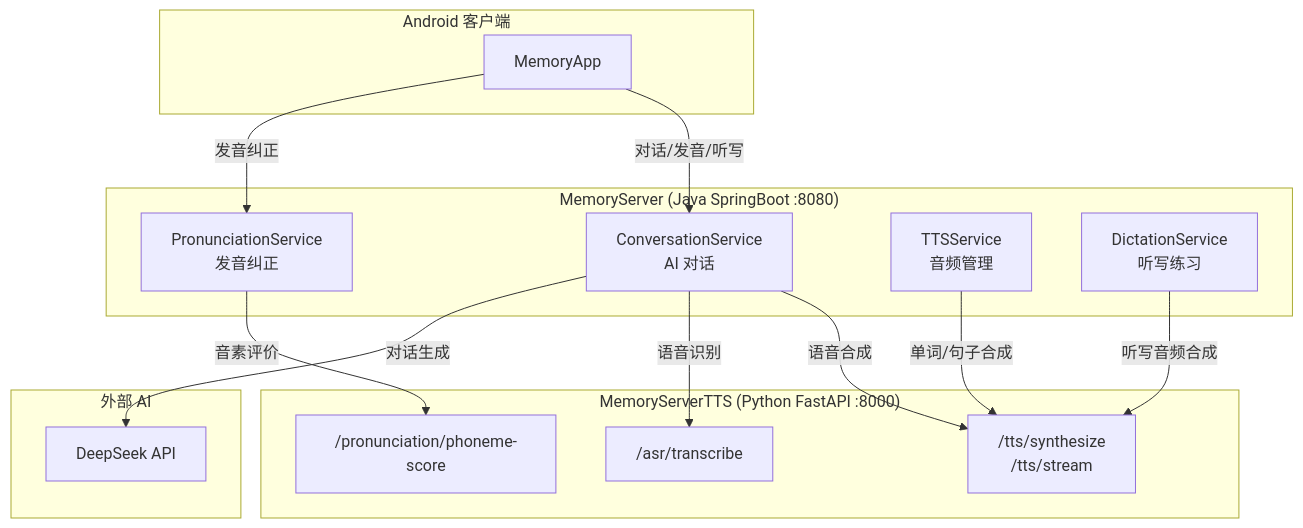
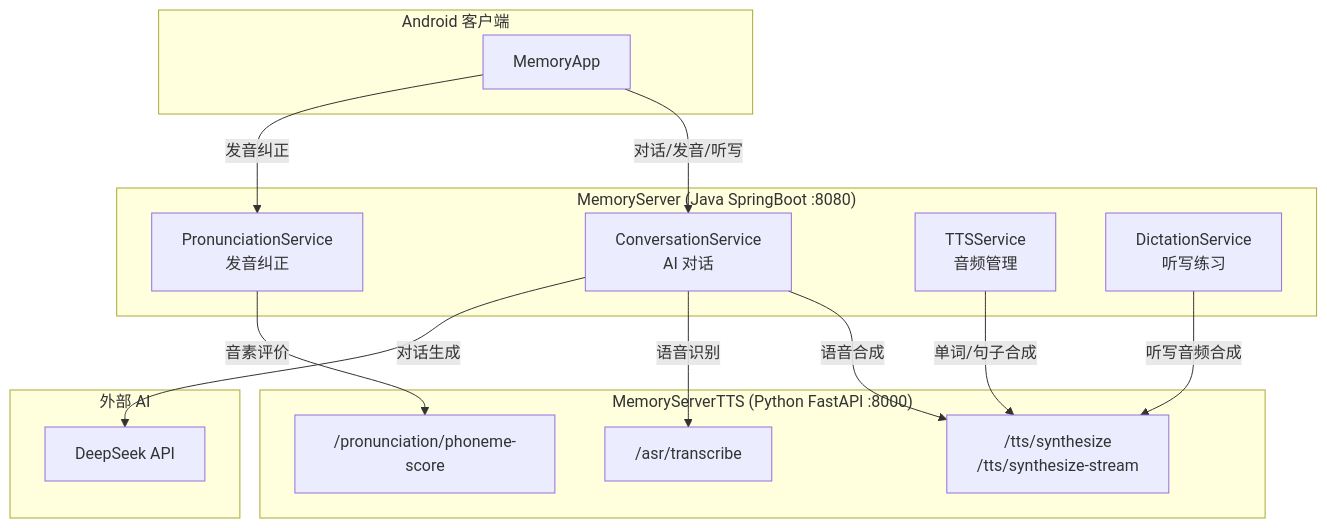
One commit to pudaa/MemoryServerTTS changed the ninth of 12 diagrams in docs/PROJECT_DOCUMENTATION.md. Above: the diagram before and after it, drawn with Mermaid. The commit also changed other lines of this file and 3 other files, not shown here.

First line of the commit message:
docs: 同步已删除的 /tts/stream —— 文档改为描述真实在用的流式端点

````diff
--- a/docs/PROJECT_DOCUMENTATION.md
+++ b/docs/PROJECT_DOCUMENTATION.md
@@ -1417,29 +1395,29 @@
 ```mermaid
 graph TB
     subgraph "Android 客户端"
         APP["MemoryApp"]
     end
     subgraph "MemoryServer (Java SpringBoot :8080)"
         CONV["ConversationService<br/>AI 对话"]
         PRON["PronunciationService<br/>发音纠正"]
         TTS_S["TTSService<br/>音频管理"]
         DICT["DictationService<br/>听写练习"]
     end
     subgraph "MemoryServerTTS (Python FastAPI :8000)"
-        TTS_API["/tts/synthesize<br/>/tts/stream"]
+        TTS_API["/tts/synthesize<br/>/tts/synthesize-stream"]
         ASR_API["/asr/transcribe"]
         PHON_API["/pronunciation/phoneme-score"]
     end
     subgraph "外部 AI"
         DS["DeepSeek API"]
     end
 
     APP -->|"对话/发音/听写"| CONV
     APP -->|"发音纠正"| PRON
     CONV -->|"语音合成"| TTS_API
     CONV -->|"语音识别"| ASR_API
     CONV -->|"对话生成"| DS
     PRON -->|"音素评价"| PHON_API
     TTS_S -->|"单词/句子合成"| TTS_API
     DICT -->|"听写音频合成"| TTS_API
 ```
````
